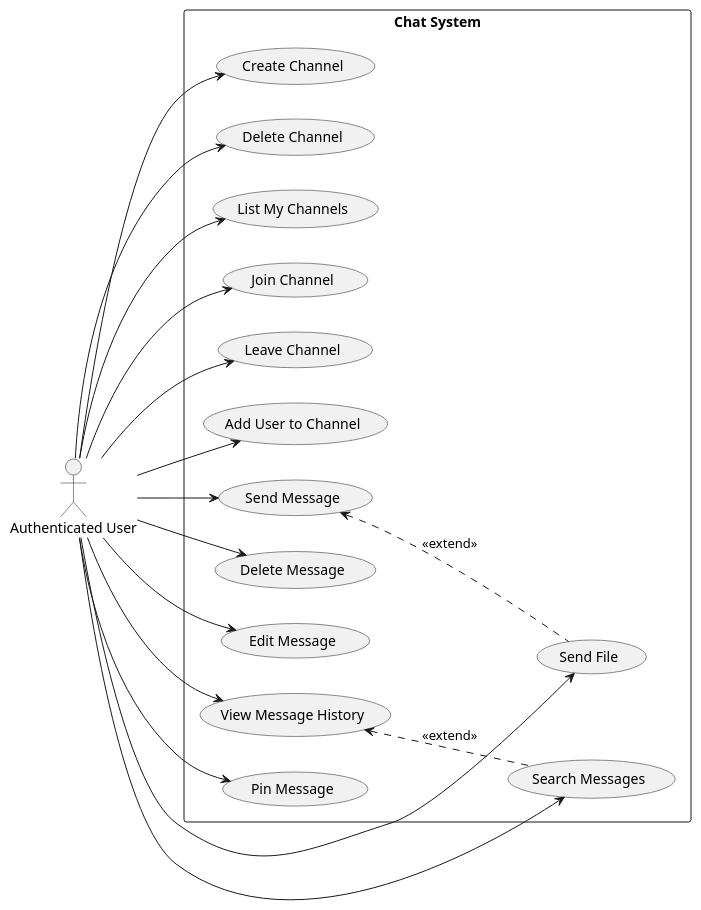
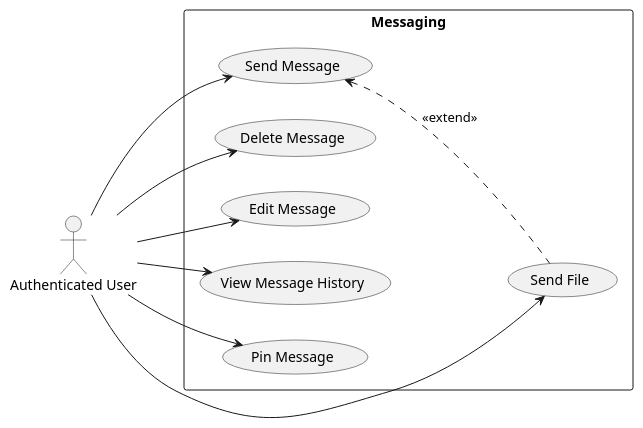
One commit to hugoponthieu/tad-beep-microservices changed the fifth of 12 diagrams in use-case-diagrams.adoc. Above: the diagram before and after it, drawn with PlantUML. The commit also changed other lines of this file and 24 other files, not shown here.

```diff
--- a/use-case-diagrams.adoc
+++ b/use-case-diagrams.adoc
@@ -142,40 +170,25 @@
-[plantuml, target=./diagram/chatting, format=png]
+[plantuml, target=./diagram/messaging, format=png]
 ....
 @startuml
 left to right direction
 actor "Authenticated User" as User
 
-rectangle "Chat System" {
-  usecase "Create Channel" as UC1
-  usecase "Delete Channel" as UC2
-  usecase "List My Channels" as UC3
-  usecase "Join Channel" as UC4
-  usecase "Leave Channel" as UC5
-  usecase "Add User to Channel" as UC6
-  usecase "Search Messages" as UC7
-  usecase "Send Message" as UC8
-  usecase "Send File" as UC9
-  usecase "Delete Message" as UC10
-  usecase "Edit Message" as UC11
-  usecase "View Message History" as UC12
-  usecase "Pin Message" as UC13
+rectangle "Messaging" {
+  usecase "Send Message" as UC1
+  usecase "Send File" as UC2
+  usecase "Delete Message" as UC3
+  usecase "Edit Message" as UC4
+  usecase "View Message History" as UC5
+  usecase "Pin Message" as UC6
 }
 
 User --> UC1
 User --> UC2
 User --> UC3
 User --> UC4
 User --> UC5
 User --> UC6
-User --> UC7
-User --> UC8
-User --> UC9
-User --> UC10
-User --> UC11
-User --> UC12
-User --> UC13
 
-UC8 <.. UC9 : <<extend>>
-UC12 <.. UC7 : <<extend>>
+UC1 <.. UC2 : <<extend>>
 @enduml
 ....
```
